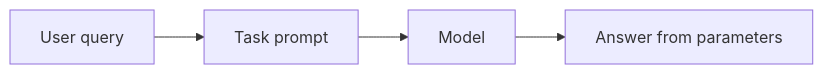
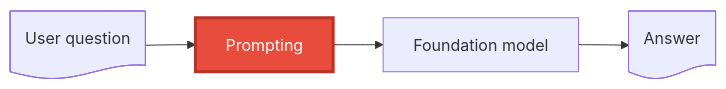
The first of 20 diagrams in slides/02-rag.qmd (w4bo/AA2627-unibo-dcai), drawn with Mermaid before and after one commit. The commit also changed other lines of this file and 2 other files, not shown here.

````diff
--- a/slides/02-rag.qmd
+++ b/slides/02-rag.qmd
@@ -250,7 +233,10 @@
 ```{mermaid}
 %%| echo: false
 flowchart LR
-  Q[User query] --> P[Task prompt]
-  P --> M[Model]
-  M --> A[Answer from parameters]
+  Q@{ shape: doc, label: "User question" } --> P[Prompting]
+  P --> M[Foundation model]
+  M --> A@{ shape: doc, label: "Answer" }
+
+  classDef focus fill:#e74c3c,color:#fff,stroke:#b83227,stroke-width:3px
+  class P focus
 ```
````
